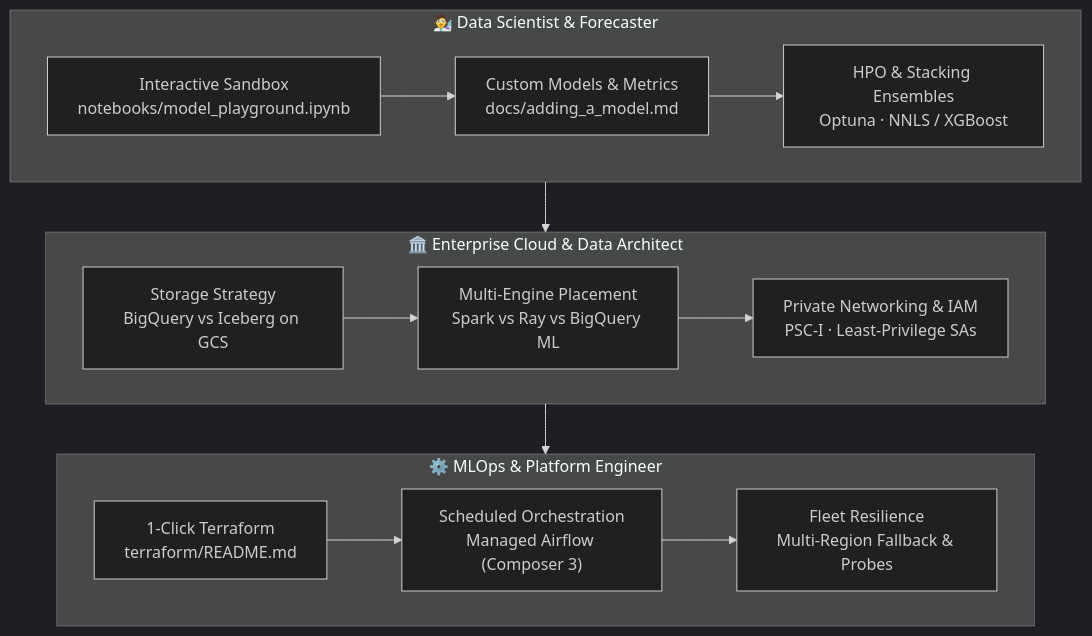
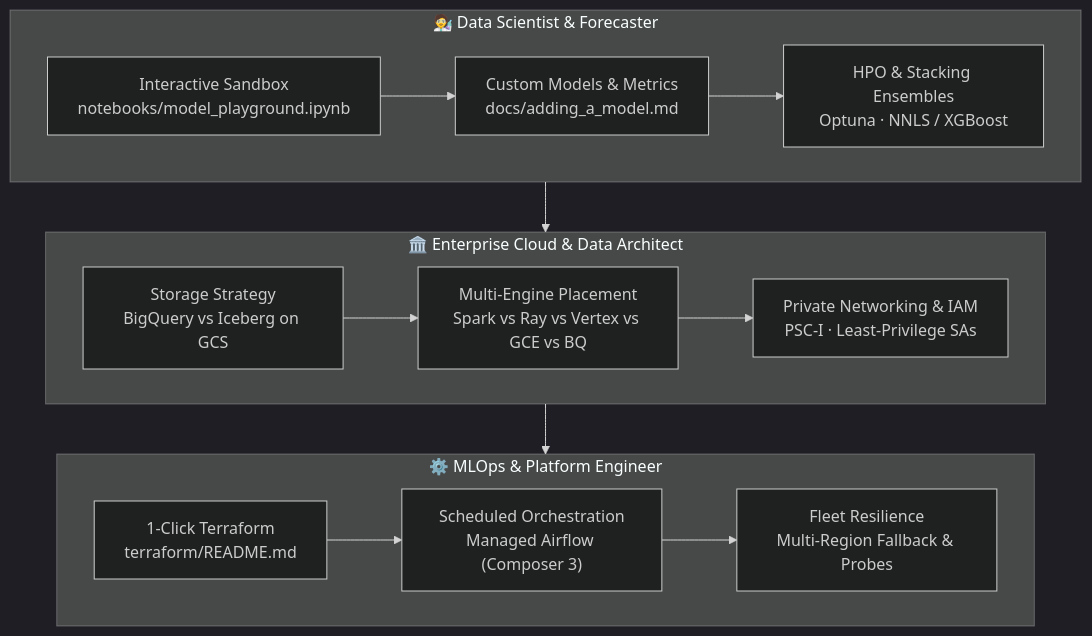
The fourth of 6 diagrams in README.md (statmike/scale-forecasting), drawn with Mermaid (dark theme) before and after one commit. The commit also changed other lines of this file and 69 other files, not shown here.

First line of the commit message:
feat(compute): add vertex and gce runtimes, unified compute params, GPU-VM catalog, and AGENTS.md

````diff
--- a/README.md
+++ b/README.md
@@ -562,19 +572,19 @@
 ```mermaid
 flowchart TD
     subgraph DataScientist["🧑‍🔬 Data Scientist & Forecaster"]
         direction LR
         DS1["Interactive Sandbox<br/>notebooks/model_playground.ipynb"] --> DS2["Custom Models & Metrics<br/>docs/adding_a_model.md"] --> DS3["HPO & Stacking Ensembles<br/>Optuna · NNLS / XGBoost"]
     end
 
     subgraph Architect["🏛️ Enterprise Cloud & Data Architect"]
         direction LR
-        AR1["Storage Strategy<br/>BigQuery vs Iceberg on GCS"] --> AR2["Multi-Engine Placement<br/>Spark vs Ray vs BigQuery ML"] --> AR3["Private Networking & IAM<br/>PSC-I · Least-Privilege SAs"]
+        AR1["Storage Strategy<br/>BigQuery vs Iceberg on GCS"] --> AR2["Multi-Engine Placement<br/>Spark vs Ray vs Vertex vs GCE vs BQ"] --> AR3["Private Networking & IAM<br/>PSC-I · Least-Privilege SAs"]
     end
 
     subgraph MLOps["⚙️ MLOps & Platform Engineer"]
         direction LR
         OP1["1-Click Terraform<br/>terraform/README.md"] --> OP2["Scheduled Orchestration<br/>Managed Airflow (Composer 3)"] --> OP3["Fleet Resilience<br/>Multi-Region Fallback & Probes"]
     end
 
     DataScientist --> Architect --> MLOps
 ```
````
